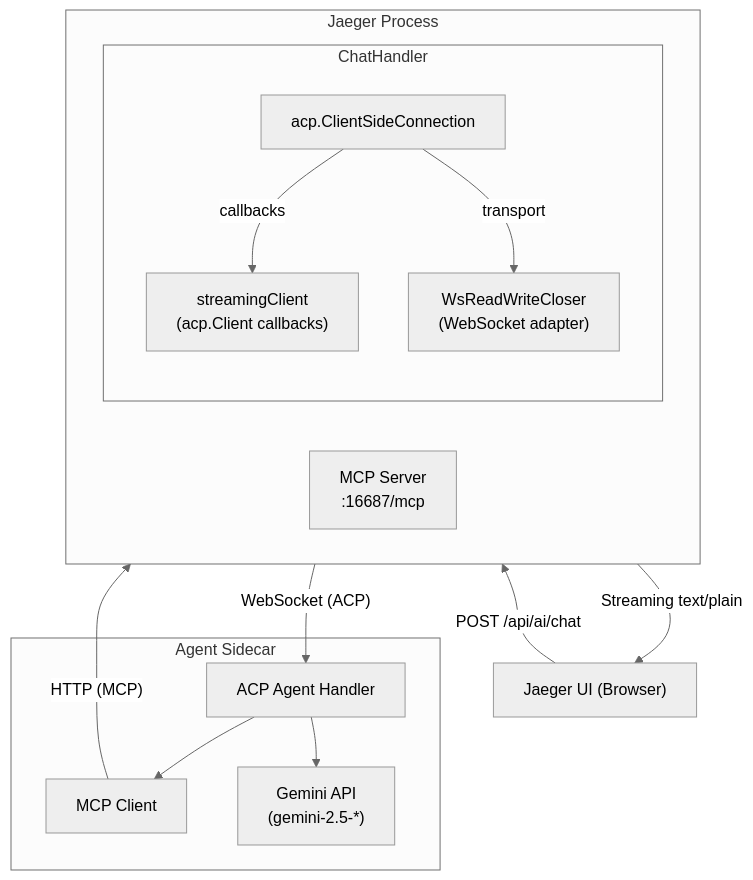
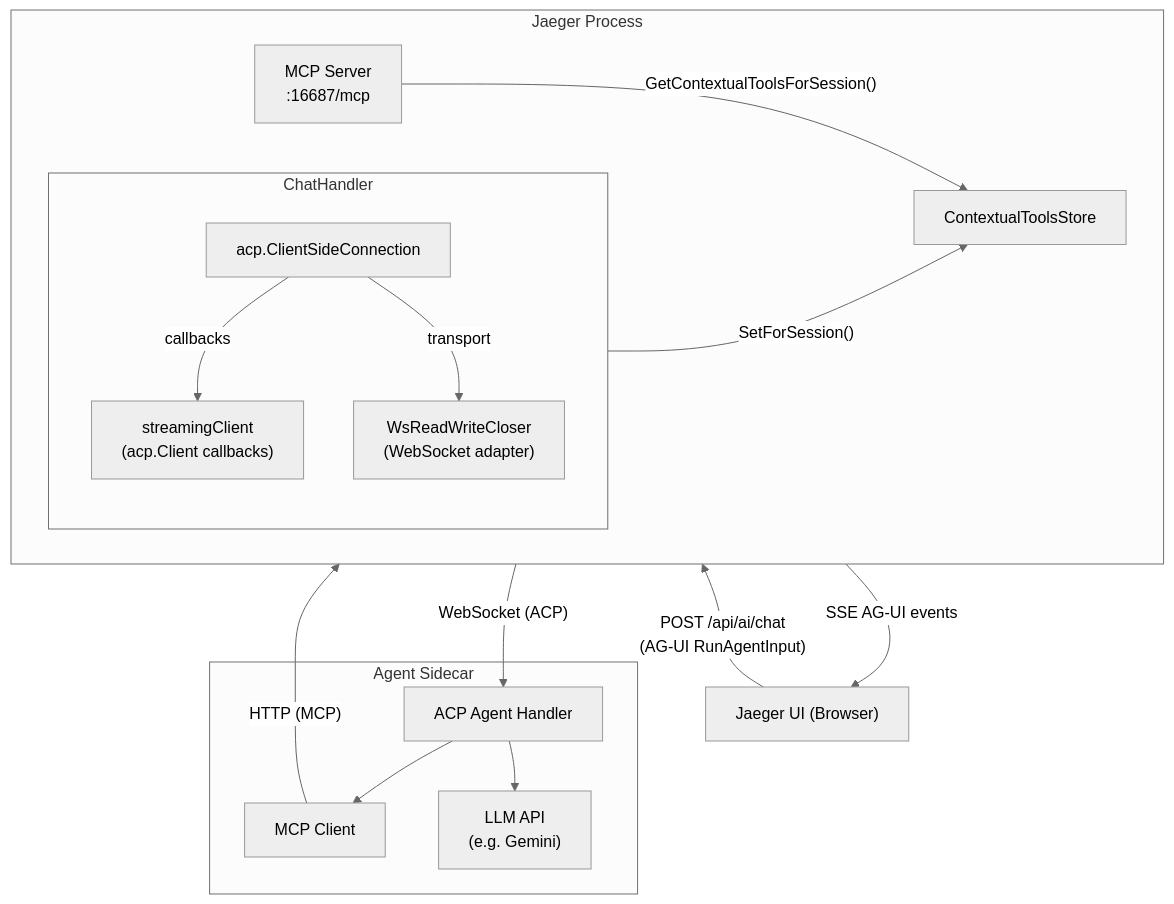
The first of 2 diagrams in cmd/jaeger/internal/extension/jaegerquery/internal/jaegerai/README.md (jaegertracing/jaeger), drawn with Mermaid (neutral theme) before and after one commit. The commit also changed other lines of this file and 17 other files, not shown here.

Commit message:
fix: update contextual tools way of implementing so it have standalone package

````diff
--- a/cmd/jaeger/internal/extension/jaegerquery/internal/jaegerai/README.md
+++ b/cmd/jaeger/internal/extension/jaegerquery/internal/jaegerai/README.md
@@ -9,30 +10,33 @@
 ```mermaid
 flowchart TB
     UI["Jaeger UI (Browser)"]
 
     subgraph jaeger["Jaeger Process"]
         direction LR
         MCP["MCP Server<br>:16687/mcp"]
+        CTX["ContextualToolsStore"]
         subgraph handler["ChatHandler"]
             direction TB
             ACPCONN["acp.ClientSideConnection"]
             SC["streamingClient<br>(acp.Client callbacks)"]
             WS["WsReadWriteCloser<br>(WebSocket adapter)"]
             ACPCONN -- "callbacks" --> SC
             ACPCONN -- "transport" --> WS
         end
+        handler -- "SetForSession()" --> CTX
+        MCP -- "GetContextualToolsForSession()" --> CTX
     end
 
     subgraph sidecar["Agent Sidecar"]
         AGENT["ACP Agent Handler"]
         MCPCLIENT["MCP Client"]
-        GEMINI["Gemini API<br>(gemini-2.5-*)"]
+        LLM["LLM API<br>(e.g. Gemini)"]
         AGENT --> MCPCLIENT
-        AGENT --> GEMINI
+        AGENT --> LLM
     end
 
-    UI -- "POST /api/ai/chat" --> handler
-    SC -- "Streaming text/plain" --> UI
+    UI -- "POST /api/ai/chat<br>(AG-UI RunAgentInput)" --> handler
+    SC -- "SSE AG-UI events" --> UI
     WS -- "WebSocket (ACP)" --> AGENT
     MCPCLIENT -- "HTTP (MCP)" --> MCP
 ```
````
